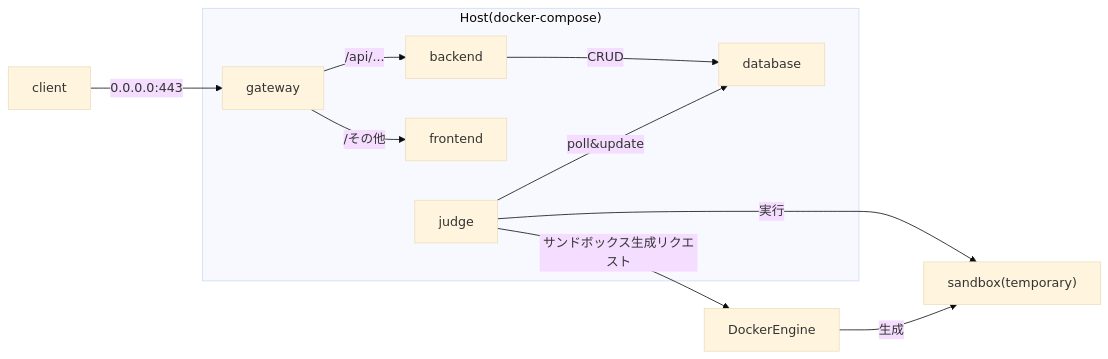
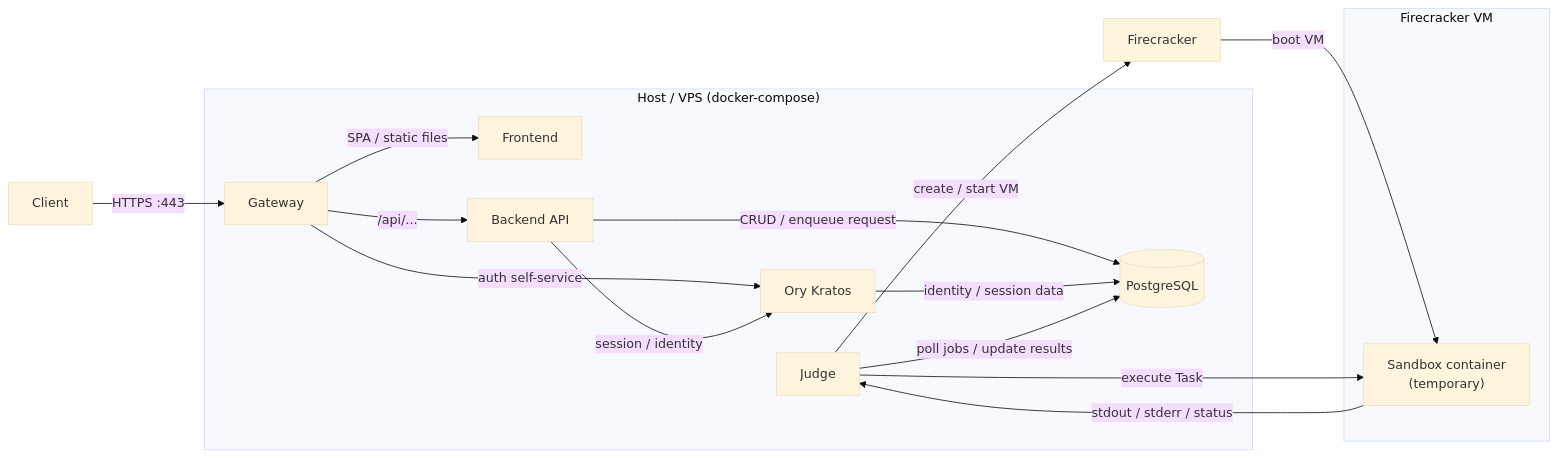
One commit to dsa-uts/dsa-project changed the diagram in docs/spec/README.md. Above: the diagram before and after it, drawn with Mermaid (base theme). The commit also changed other lines of this file, not shown here.

Commit message:
update spec

````diff
--- a/docs/spec/README.md
+++ b/docs/spec/README.md
@@ -77,22 +76,34 @@
 ```mermaid
 flowchart LR
-  client
-  subgraph "Host(docker-compose)"
-    GW[gateway]
-    BE[backend]
-    FE[frontend]
-    DB[database]
-    JD[judge]
+  client[Client]
+
+  subgraph host["Host / VPS (docker-compose)"]
+    GW[Gateway]
+    FE[Frontend]
+    BE[Backend API]
+    KR[Ory Kratos]
+    DB[(PostgreSQL)]
+    JD[Judge]
   end
-  DockerEngine
-  
-  client -->| 0.0.0.0:443 | GW
-  GW -->| /api/... | BE
-  GW -->| /その他 | FE
 
-  BE -->| CRUD | DB
-  JD -->| poll&update | DB
-  JD -->| 実行 | sandbox
-  JD -->| サンドボックス生成リクエスト | DockerEngine
-  DockerEngine -->| 生成 | sandbox["sandbox(temporary)"]
+  subgraph vm["Firecracker VM"]
+    sandbox["Sandbox container<br/>(temporary)"]
+  end
+
+  FC[Firecracker]
+
+  client -->|HTTPS :443| GW
+  GW -->|SPA / static files| FE
+  GW -->|/api/...| BE
+  GW -->|auth self-service| KR
+
+  BE -->|session / identity| KR
+  BE -->|CRUD / enqueue request| DB
+  KR -->|identity / session data| DB
+
+  JD -->|poll jobs / update results| DB
+  JD -->|create / start VM| FC
+  FC -->|boot VM| sandbox
+  JD -->|execute Task| sandbox
+  sandbox -->|stdout / stderr / status| JD
 ```
````
